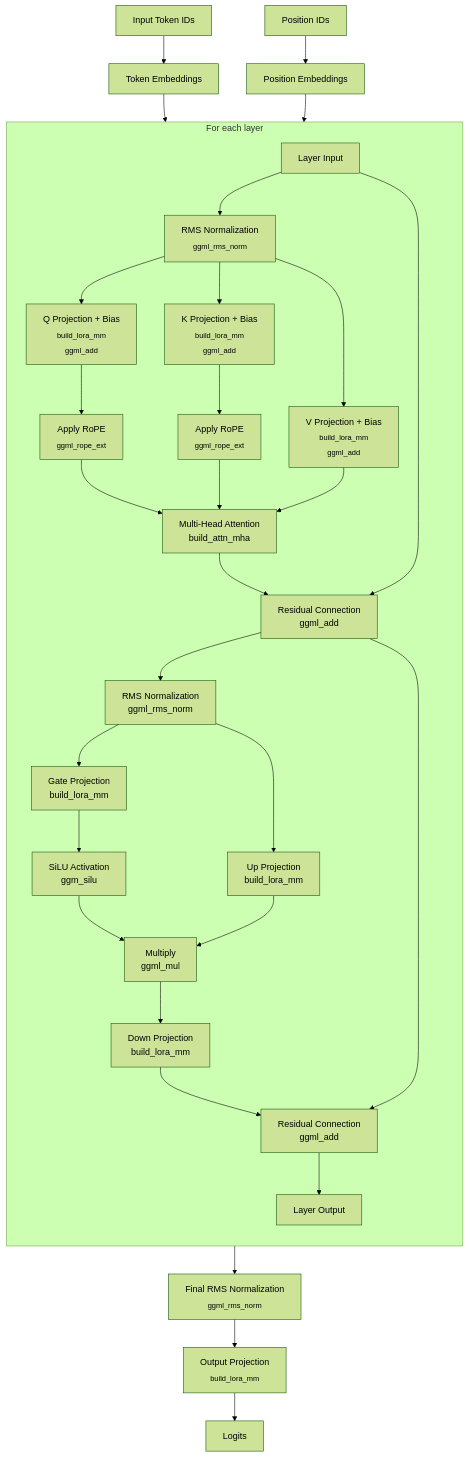
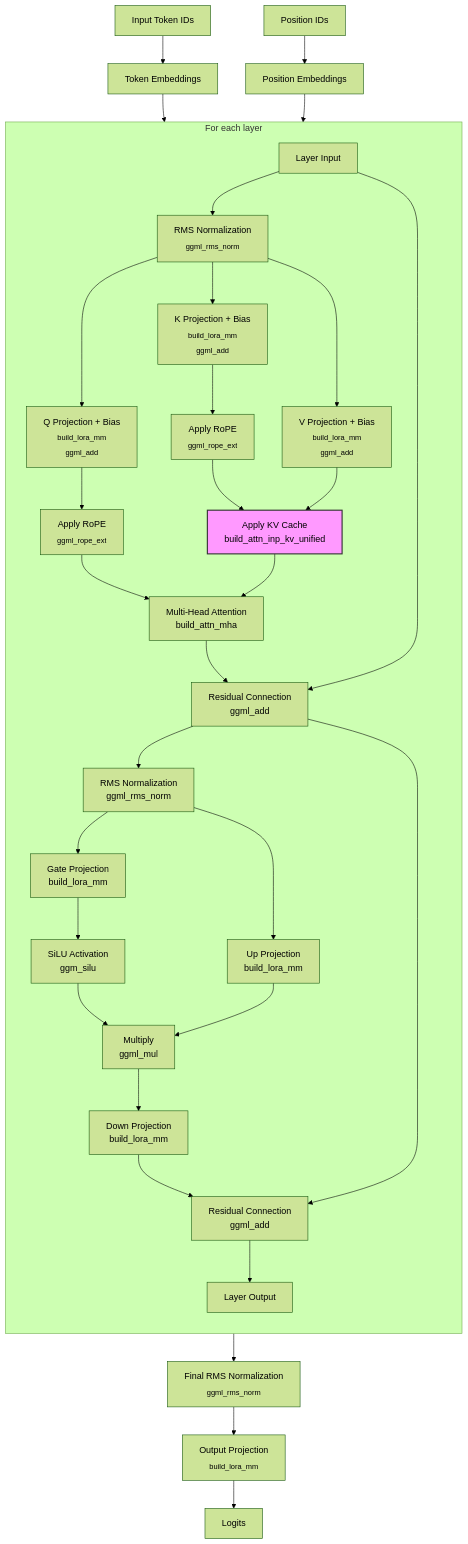
Before and after one commit to cshbli/ML-CV-AI: the first of 5 diagrams in LLM/llama.cpp_flowchart_decode_graph_build_qwen.md, drawn with Mermaid (forest theme). The commit also changed 2 other files, not shown here.

Commit message:
Update qwen graph

````diff
--- a/LLM/llama.cpp_flowchart_decode_graph_build_qwen.md
+++ b/LLM/llama.cpp_flowchart_decode_graph_build_qwen.md
@@ -270,48 +270,53 @@
 ```mermaid
 flowchart TD
     input[Input Token IDs] --> embeddings[Token Embeddings]
     positions[Position IDs] --> pos_embd[Position Embeddings]
     
     embeddings --> layer_loop[Layer Loop]
     pos_embd --> layer_loop
     
     subgraph layer_loop[For each layer]
         direction TB
         inp[Layer Input] --> attn_norm[RMS Normalization<br><sub>ggml_rms_norm<sub>]
         
         attn_norm --> Q_proj[Q Projection + Bias<br><sub>build_lora_mm</sub> <br> <sub>ggml_add</sub>]
         attn_norm --> K_proj[K Projection + Bias<br><sub>build_lora_mm</sub> <br> <sub>ggml_add</sub>]
         attn_norm --> V_proj[V Projection + Bias<br><sub>build_lora_mm</sub> <br> <sub>ggml_add</sub>]
         
         Q_proj --> Q_rope[Apply RoPE<br><sub>ggml_rope_ext</sub>]
         K_proj --> K_rope[Apply RoPE<br><sub>ggml_rope_ext</sub>]
         
         Q_rope --> attn[Multi-Head Attention<br>build_attn_mha]
-        K_rope --> attn
-        V_proj --> attn
+        K_rope --> KV_Cache[Apply KV Cache<br>build_attn_inp_kv_unified]
+        V_proj --> KV_Cache
+
+        KV_Cache --> attn
         
         attn --> residual1[Residual Connection<br>ggml_add]
         inp --> residual1
         
         residual1 --> ffn_norm[RMS Normalization<br>ggml_rms_norm]
         
         ffn_norm --> ffn_gate[Gate Projection<br>build_lora_mm]
         ffn_norm --> ffn_up[Up Projection<br>build_lora_mm]
         
         ffn_gate --> silu[SiLU Activation<br>ggm_silu]
         
         silu --> mul[Multiply<br>ggml_mul]
         ffn_up --> mul
         
         mul --> ffn_down[Down Projection<br>build_lora_mm]
         
         ffn_down --> residual2[Residual Connection<br>ggml_add]
         residual1 --> residual2
         
         residual2 --> out[Layer Output]
     end
     
     layer_loop --> final_norm[Final RMS Normalization<br> <sub>ggml_rms_norm</sub>]
     final_norm --> output_proj[Output Projection<br> <sub>build_lora_mm</sub>]
     output_proj --> logits[Logits]
+
+    classDef CoreProcess fill:#f9f,stroke:#333,stroke-width:2px;
+    class KV_Cache CoreProcess
 ```
````
